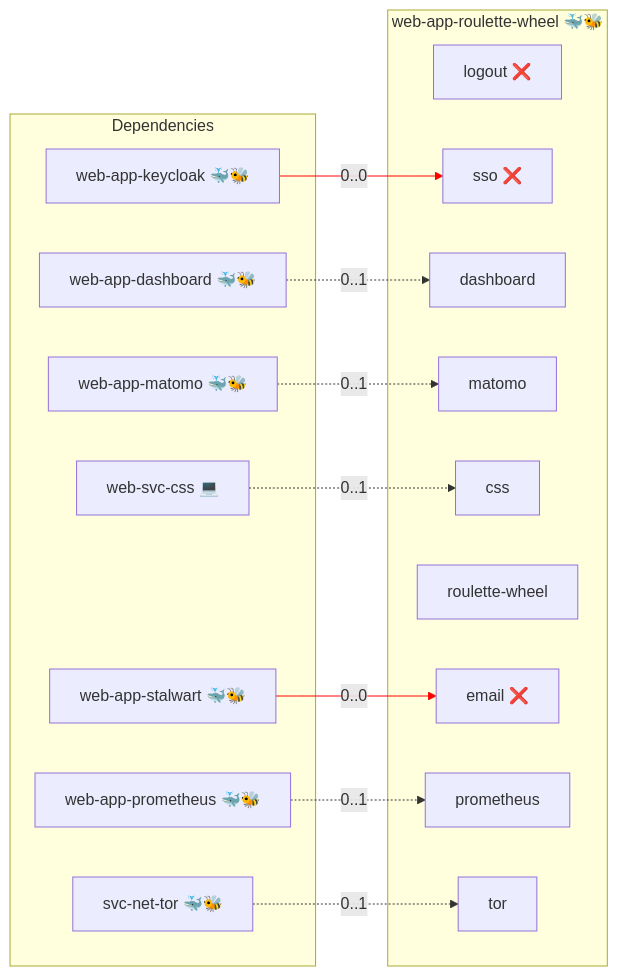
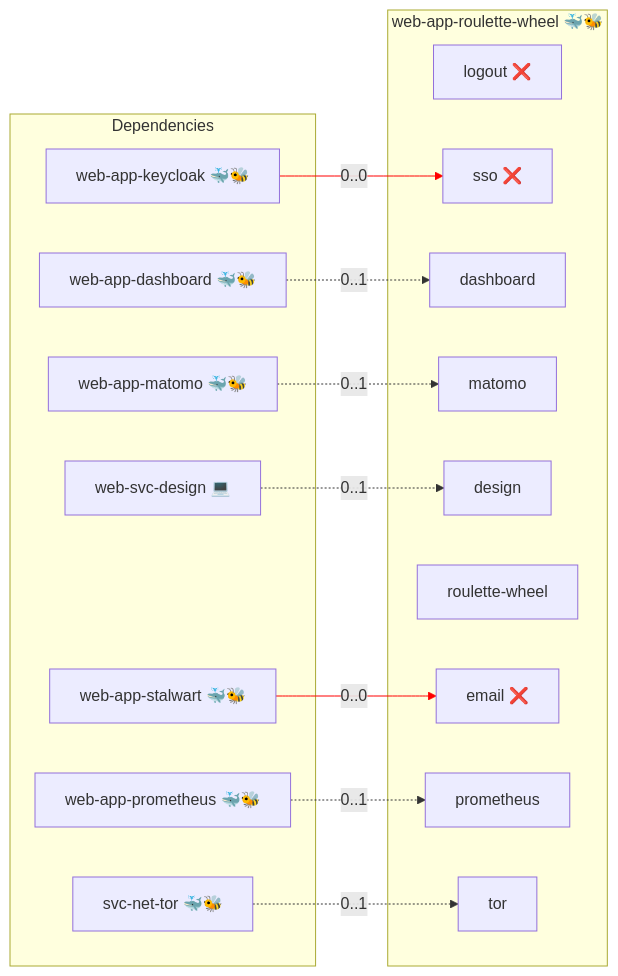
One commit to infinito-nexus/core changed the diagram in roles/web-app-roulette-wheel/README.md. Above: the diagram before and after it, drawn with Mermaid. The commit also changed 437 other files, not shown here.

````diff
--- a/roles/web-app-roulette-wheel/README.md
+++ b/roles/web-app-roulette-wheel/README.md
@@ -15,31 +15,31 @@
 ```mermaid
 flowchart LR
     subgraph deps [Dependencies]
         dep_svc_net_tor["svc-net-tor 🐳🐝"]
         dep_web_app_dashboard["web-app-dashboard 🐳🐝"]
         dep_web_app_keycloak["web-app-keycloak 🐳🐝"]
         dep_web_app_matomo["web-app-matomo 🐳🐝"]
         dep_web_app_prometheus["web-app-prometheus 🐳🐝"]
         dep_web_app_stalwart["web-app-stalwart 🐳🐝"]
-        dep_web_svc_css["web-svc-css 💻"]
+        dep_web_svc_design["web-svc-design 💻"]
     end
     subgraph role [web-app-roulette-wheel 🐳🐝]
         svc_logout["logout ❌"]
         svc_sso["sso ❌"]
         svc_dashboard["dashboard"]
         svc_matomo["matomo"]
-        svc_css["css"]
+        svc_design["design"]
         svc_roulette_wheel["roulette-wheel"]
         svc_email["email ❌"]
         svc_prometheus["prometheus"]
         svc_tor["tor"]
     end
     dep_svc_net_tor -. "0..1" .-> svc_tor
     dep_web_app_dashboard -. "0..1" .-> svc_dashboard
     dep_web_app_keycloak -- "0..0" --> svc_sso
     dep_web_app_matomo -. "0..1" .-> svc_matomo
     dep_web_app_prometheus -. "0..1" .-> svc_prometheus
     dep_web_app_stalwart -- "0..0" --> svc_email
-    dep_web_svc_css -. "0..1" .-> svc_css
+    dep_web_svc_design -. "0..1" .-> svc_design
     linkStyle 2,5 stroke:red;
 ```
````
